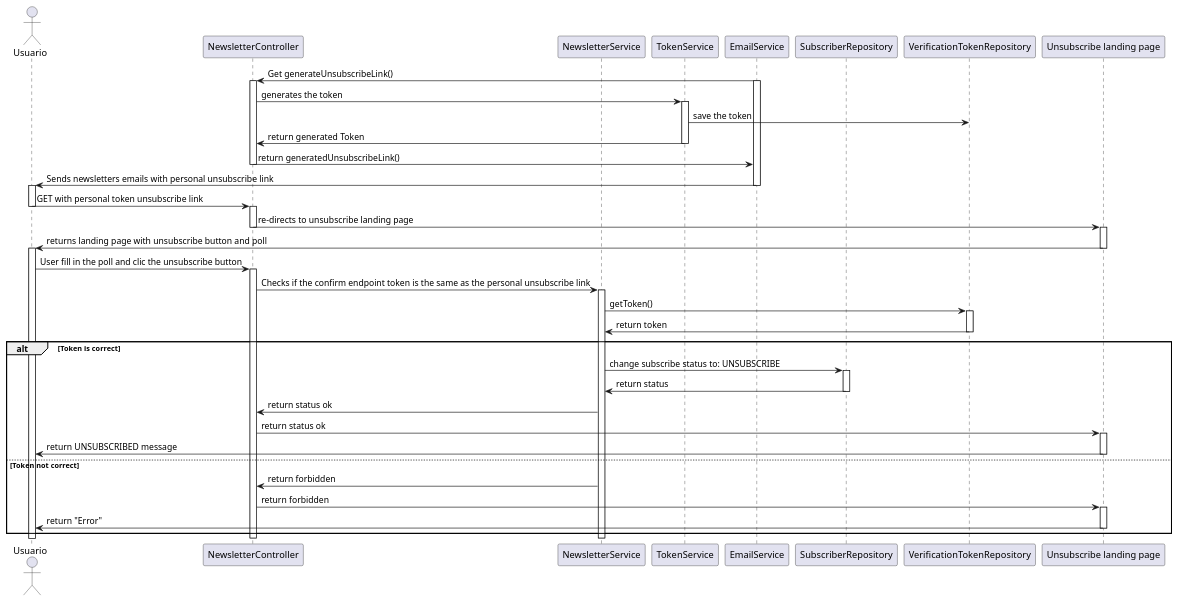
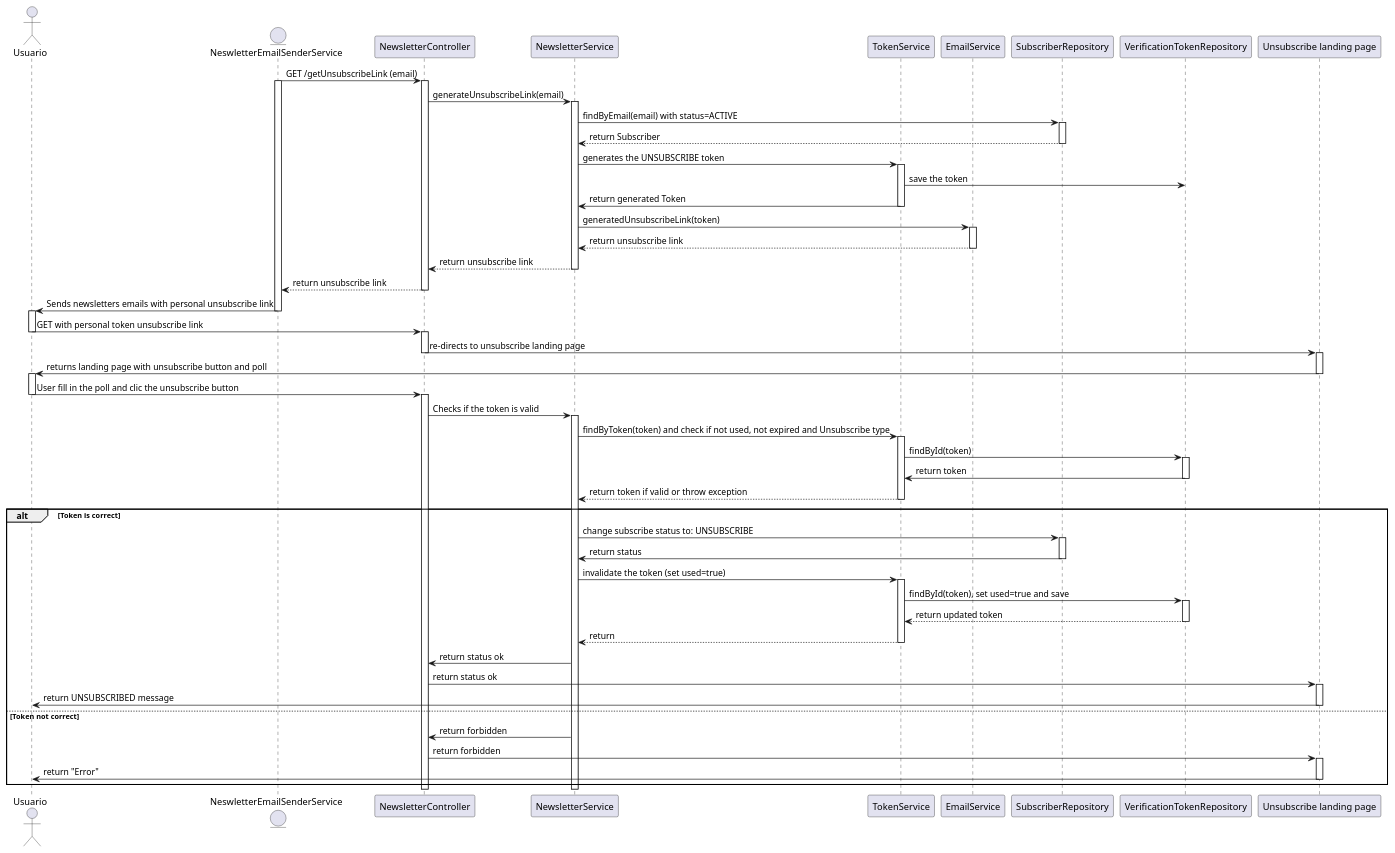
Before and after one commit to raullopezpenalva/Newsletter-Service: the diagram in plantUML/unsubscribe_sequence_diagram.puml, drawn with PlantUML. The commit also changed 24 other files, not shown here.

First line of the commit message:
Add Docker support, PostgreSQL configuration, and email service for newsletter management

```diff
--- a/plantUML/unsubscribe_sequence_diagram.puml
+++ b/plantUML/unsubscribe_sequence_diagram.puml
@@ -1,68 +1,93 @@
 @startuml unsubscribe_sequence_diagram
 actor Usuario
+entity "NeswletterEmailSenderService" as EmailSenderService
 
 participant "NewsletterController" as Controller
 participant "NewsletterService" as Service
 participant "TokenService" as TokenService
 participant "EmailService" as EmailService
 participant "SubscriberRepository" as Repo
 participant "VerificationTokenRepository" as TokenRepo
 participant "Unsubscribe landing page" as FrontendService
 
-EmailService -> Controller : Get generateUnsubscribeLink()
-activate EmailService
+EmailSenderService -> Controller : GET /getUnsubscribeLink (email)
+activate EmailSenderService
 activate Controller
-Controller -> TokenService : generates the token
+Controller -> Service : generateUnsubscribeLink(email)
+activate Service
+Service -> Repo : findByEmail(email) with status=ACTIVE
+activate Repo
+Repo --> Service : return Subscriber
+deactivate Repo
+Service -> TokenService : generates the UNSUBSCRIBE token
 activate TokenService
 TokenService -> TokenRepo : save the token
-TokenService -> Controller : return generated Token
+TokenService -> Service : return generated Token
 deactivate TokenService
-Controller -> EmailService : return generatedUnsubscribeLink()
+Service -> EmailService : generatedUnsubscribeLink(token)
+activate EmailService
+EmailService --> Service : return unsubscribe link
+deactivate EmailService
+Service --> Controller : return unsubscribe link
+deactivate Service
+Controller --> EmailSenderService : return unsubscribe link
 deactivate Controller
-EmailService -> Usuario : Sends newsletters emails with personal unsubscribe link 
-deactivate EmailService
-
+EmailSenderService -> Usuario : Sends newsletters emails with personal unsubscribe link 
+deactivate EmailSenderService
 activate Usuario
 Usuario -> Controller : GET with personal token unsubscribe link
 deactivate Usuario
 
 activate Controller
 Controller -> FrontendService : re-directs to unsubscribe landing page
 deactivate Controller
 
 activate FrontendService
 FrontendService -> Usuario : returns landing page with unsubscribe button and poll
 deactivate FrontendService
 
 activate Usuario
 Usuario -> Controller : User fill in the poll and clic the unsubscribe button
+deactivate Usuario
 activate Controller 
-Controller -> Service : Checks if the confirm endpoint token is the same as the personal unsubscribe link
+Controller -> Service : Checks if the token is valid
 activate Service
-Service -> TokenRepo : getToken()
+Service -> TokenService : findByToken(token) and check if not used, not expired and Unsubscribe type
+activate TokenService
+TokenService -> TokenRepo : findById(token)
 activate TokenRepo
-TokenRepo -> Service : return token
+TokenRepo -> TokenService : return token
 deactivate TokenRepo
+TokenService --> Service : return token if valid or throw exception
+deactivate TokenService
 
 alt Token is correct
   Service -> Repo : change subscribe status to: UNSUBSCRIBE
   activate Repo
   Repo -> Service : return status
   deactivate Repo
+  Service -> TokenService : invalidate the token (set used=true)
+  activate TokenService
+  TokenService -> TokenRepo : findById(token), set used=true and save
+  activate TokenRepo
+  TokenRepo --> TokenService : return updated token
+  deactivate TokenRepo
+  TokenService --> Service : return
+  deactivate TokenService
   Service -> Controller : return status ok
   Controller -> FrontendService : return status ok
   activate FrontendService
   FrontendService -> Usuario : return UNSUBSCRIBED message
   deactivate FrontendService
 else Token not correct
   Service -> Controller : return forbidden
   Controller -> FrontendService : return forbidden
   activate FrontendService
   FrontendService -> Usuario : return "Error"
   deactivate FrontendService
 end
 
 deactivate Service
 deactivate Controller
 
 @enduml
```
